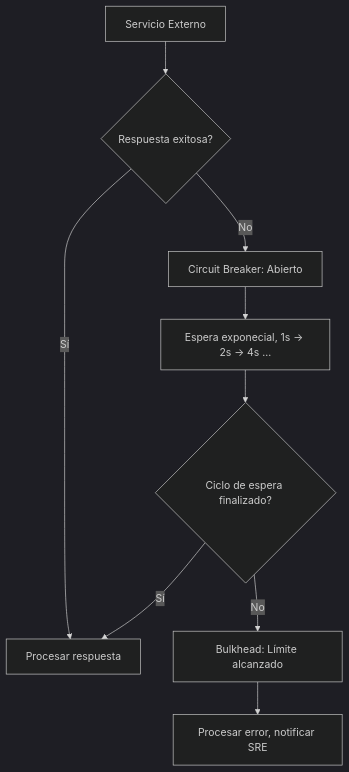
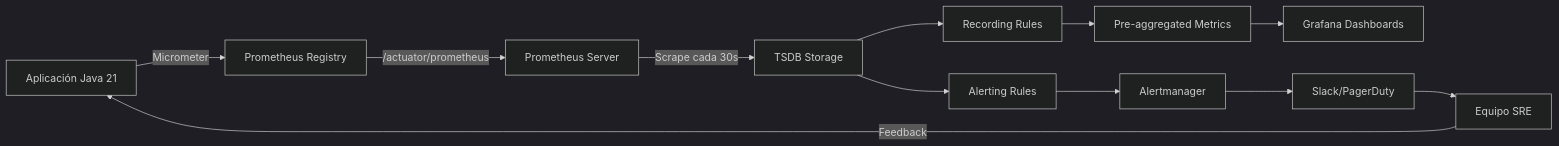
The fourth of 6 diagrams in _Review/golden_signals_monitorizacion_google_sre/golden_signals_monitorizacion_google_sre.md (Joaquinriosheredia/DAM-Java-Mastery), drawn with Mermaid (dark theme) before and after one commit. The commit also changed other lines of this file, not shown here.

Commit message:
golden_signals_monitorizacion_google_sre.md

````diff
--- a/_Review/golden_signals_monitorizacion_google_sre/golden_signals_monitorizacion_google_sre.md
+++ b/_Review/golden_signals_monitorizacion_google_sre/golden_signals_monitorizacion_google_sre.md
@@ -437,11 +590,14 @@
 ```mermaid
-graph TD
-    A[Servicio Externo] --> B{Respuesta exitosa?}
-    B -- Sí --> C[Procesar respuesta]
-    B -- No --> D[Circuit Breaker: Abierto]
-    D --> E[Espera exponecial, 1s -> 2s -> 4s ... ]
-    E --> F{Ciclo de espera finalizado?}
-    F -- Sí --> C
-    F -- No --> G[Bulkhead: Límite alcanzado]
-    G --> H[Procesar error, notificar SRE]
+graph LR
+    A[Aplicación Java 21] -->|Micrometer| B[Prometheus Registry]
+    B -->|/actuator/prometheus| C[Prometheus Server]
+    C -->|Scrape cada 30s| D[TSDB Storage]
+    D --> E[Recording Rules]
+    D --> F[Alerting Rules]
+    E --> G[Pre-aggregated Metrics]
+    F --> H[Alertmanager]
+    G --> I[Grafana Dashboards]
+    H --> J[Slack/PagerDuty]
+    J --> K[Equipo SRE]
+    K -->|Feedback| A
 ```
````
